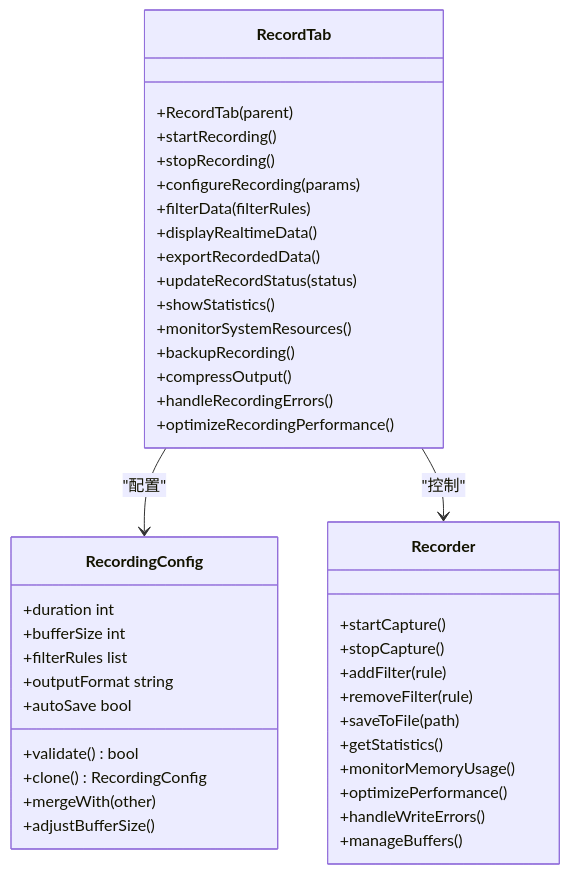
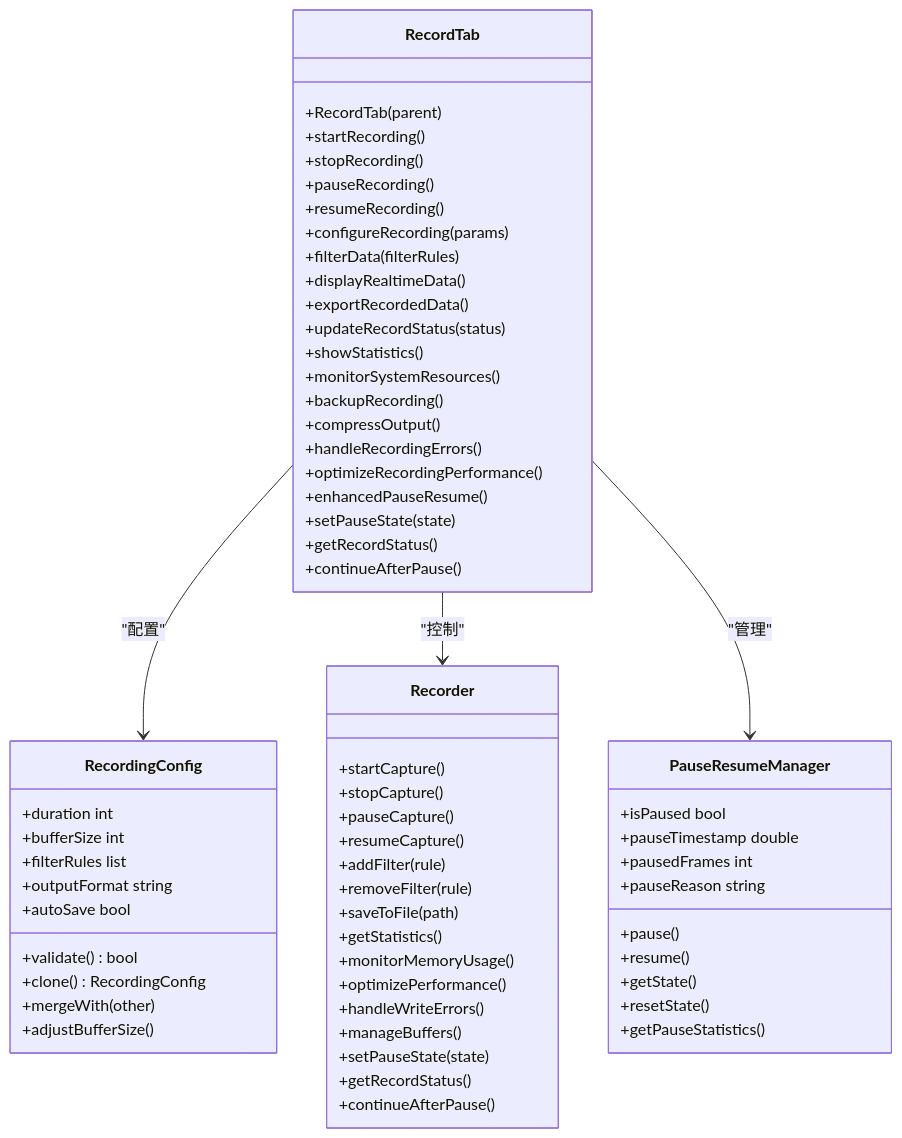
Before and after one commit to jakecai1225-design/OpenBus: diagram 21 of 28 in .qoder/repowiki/zh/content/架构设计/UI系统设计/UI系统设计.md, drawn with Mermaid. The commit also changed other lines of this file and 38 other files, not shown here.

````diff
--- a/.qoder/repowiki/zh/content/架构设计/UI系统设计/UI系统设计.md
+++ b/.qoder/repowiki/zh/content/架构设计/UI系统设计/UI系统设计.md
@@ -1448,44 +1598,67 @@
 ```mermaid
 classDiagram
 class RecordTab {
 +RecordTab(parent)
 +startRecording()
 +stopRecording()
++pauseRecording()
++resumeRecording()
 +configureRecording(params)
 +filterData(filterRules)
 +displayRealtimeData()
 +exportRecordedData()
 +updateRecordStatus(status)
 +showStatistics()
 +monitorSystemResources()
 +backupRecording()
 +compressOutput()
 +handleRecordingErrors()
 +optimizeRecordingPerformance()
++enhancedPauseResume()
++setPauseState(state)
++getRecordStatus()
++continueAfterPause()
 }
 class RecordingConfig {
 +duration int
 +bufferSize int
 +filterRules list
 +outputFormat string
 +autoSave bool
 +validate() bool
 +clone() RecordingConfig
 +mergeWith(other)
 +adjustBufferSize()
 }
 class Recorder {
 +startCapture()
 +stopCapture()
++pauseCapture()
++resumeCapture()
 +addFilter(rule)
 +removeFilter(rule)
 +saveToFile(path)
 +getStatistics()
 +monitorMemoryUsage()
 +optimizePerformance()
 +handleWriteErrors()
 +manageBuffers()
++setPauseState(state)
++getRecordStatus()
++continueAfterPause()
+}
+class PauseResumeManager {
++isPaused bool
++pauseTimestamp double
++pausedFrames int
++pauseReason string
++pause()
++resume()
++getState()
++resetState()
++getPauseStatistics()
 }
 RecordTab --> RecordingConfig : "配置"
 RecordTab --> Recorder : "控制"
+RecordTab --> PauseResumeManager : "管理"
 ```
````
